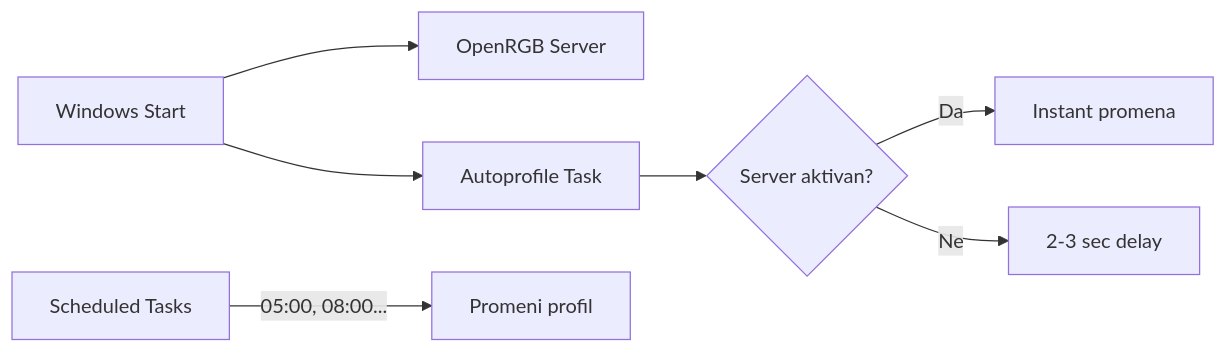
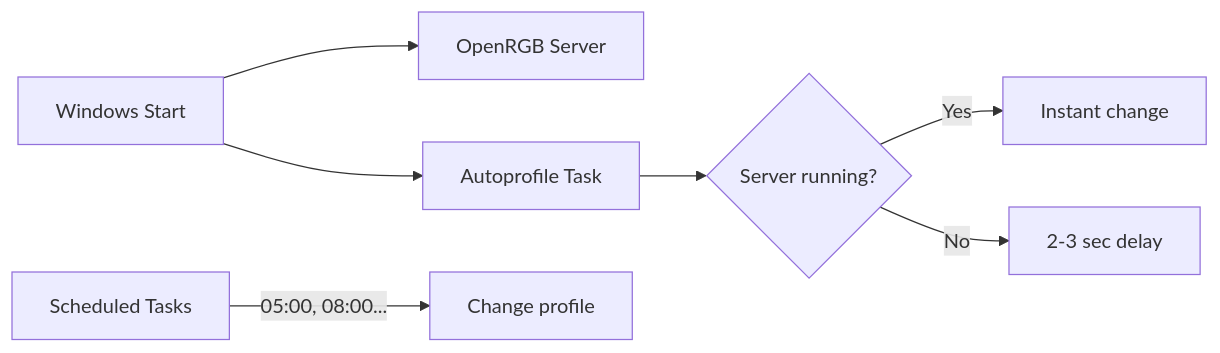
The first of 2 diagrams in README.md (UVuruna/Auto-OpenRGB), drawn with Mermaid before and after one commit. The commit also changed other lines of this file and 19 other files, not shown here.

````diff
--- a/README.md
+++ b/README.md
@@ -20,10 +20,10 @@
 ```mermaid
 flowchart LR
     A[Windows Start] --> B[OpenRGB Server]
     A --> C[Autoprofile Task]
-    C --> D{Server aktivan?}
-    D -->|Da| E[Instant promena]
-    D -->|Ne| F[2-3 sec delay]
+    C --> D{Server running?}
+    D -->|Yes| E[Instant change]
+    D -->|No| F[2-3 sec delay]
 
-    G[Scheduled Tasks] -->|05:00, 08:00...| H[Promeni profil]
+    G[Scheduled Tasks] -->|05:00, 08:00...| H[Change profile]
 ```
````
